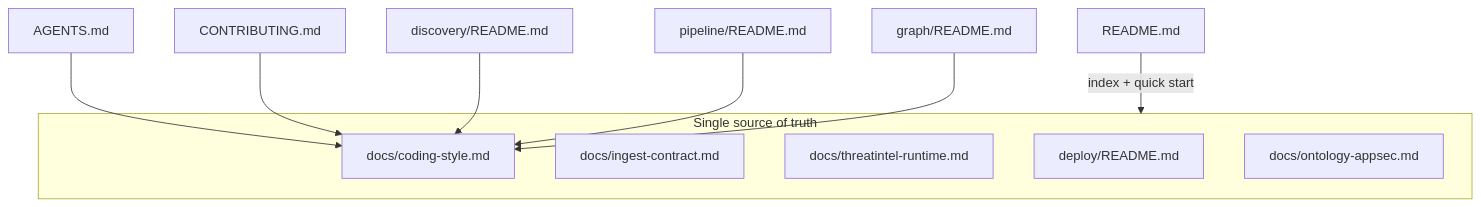
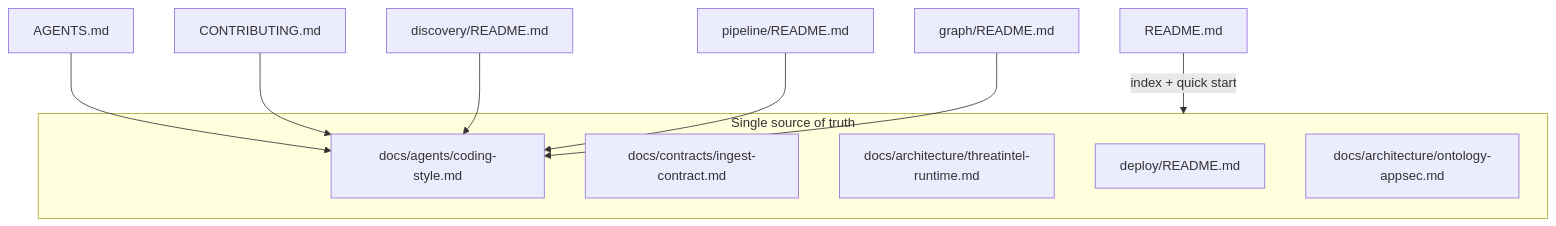
Before and after one commit to butbeautifulv/threat_intelligence: the diagram in .cursor/plans/archive/docs_dedup_cleanup_587e9a01.plan.md, drawn with Mermaid. The commit also changed other lines of this file and 178 other files, not shown here.

````diff
--- a/.cursor/plans/archive/docs_dedup_cleanup_587e9a01.plan.md
+++ b/.cursor/plans/archive/docs_dedup_cleanup_587e9a01.plan.md
@@ -42,16 +42,16 @@
 ```mermaid
 flowchart TB
   subgraph canonical [Single source of truth]
-    CS[docs/coding-style.md]
-    IC[docs/ingest-contract.md]
-    RT[docs/threatintel-runtime.md]
+    CS[docs/agents/coding-style.md]
+    IC[docs/contracts/ingest-contract.md]
+    RT[docs/architecture/threatintel-runtime.md]
     DEP[deploy/README.md]
-    ONT[docs/ontology-appsec.md]
+    ONT[docs/architecture/ontology-appsec.md]
   end
   README[README.md] -->|index + quick start| canonical
   AGENTS[AGENTS.md] --> CS
   CONTRIB[CONTRIBUTING.md] --> CS
   scrapeR[discovery/README.md] --> CS
   pipelineR[pipeline/README.md] --> CS
   graphR[graph/README.md] --> CS
 ```
````
